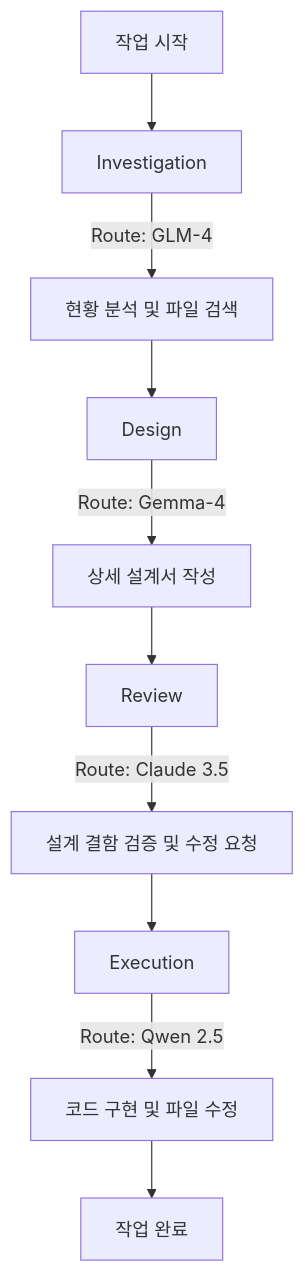
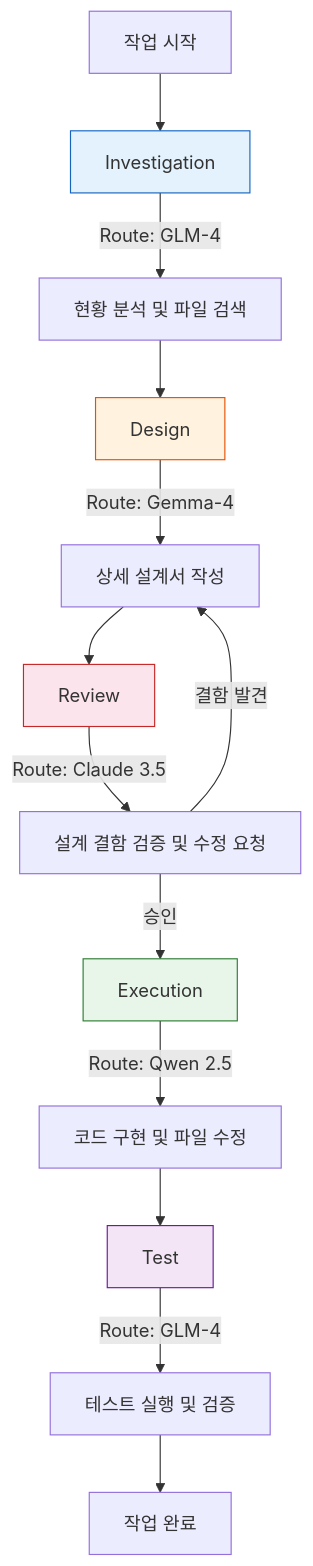
One commit to pheanor-agent/p-hermes changed the diagram in docs/blog/posts/model-routing-design.md. Above: the diagram before and after it, drawn with Mermaid. The commit also changed other lines of this file and 14 other files, not shown here.

````diff
--- a/docs/blog/posts/model-routing-design.md
+++ b/docs/blog/posts/model-routing-design.md
@@ -80,16 +203,26 @@
 ```mermaid
 graph TD
     Start[작업 시작] --> Step1[Investigation]
     Step1 -->|Route: GLM-4| Action1[현황 분석 및 파일 검색]
-    
+
     Action1 --> Step2[Design]
     Step2 -->|Route: Gemma-4| Action2[상세 설계서 작성]
-    
+
     Action2 --> Step3[Review]
     Step3 -->|Route: Claude 3.5| Action3[설계 결함 검증 및 수정 요청]
-    
-    Action3 --> Step4[Execution]
+
+    Action3 -->|결함 발견| Action2
+    Action3 -->|승인| Step4[Execution]
     Step4 -->|Route: Qwen 2.5| Action4[코드 구현 및 파일 수정]
-    
-    Action4 --> End[작업 완료]
+
+    Action4 --> Step5[Test]
+    Step5 -->|Route: GLM-4| Action5[테스트 실행 및 검증]
+
+    Action5 --> End[작업 완료]
+
+    style Step1 fill:#e3f2fd,stroke:#1565c0
+    style Step2 fill:#fff3e0,stroke:#e65100
+    style Step3 fill:#fce4ec,stroke:#c62828
+    style Step4 fill:#e8f5e9,stroke:#2e7d32
+    style Step5 fill:#f3e5f5,stroke:#6a1b9a
 ```
````
